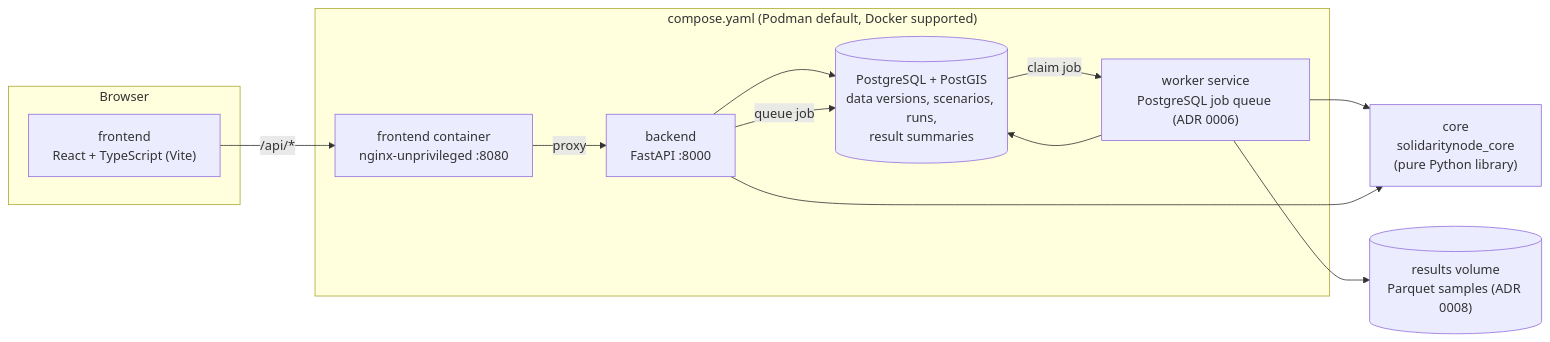
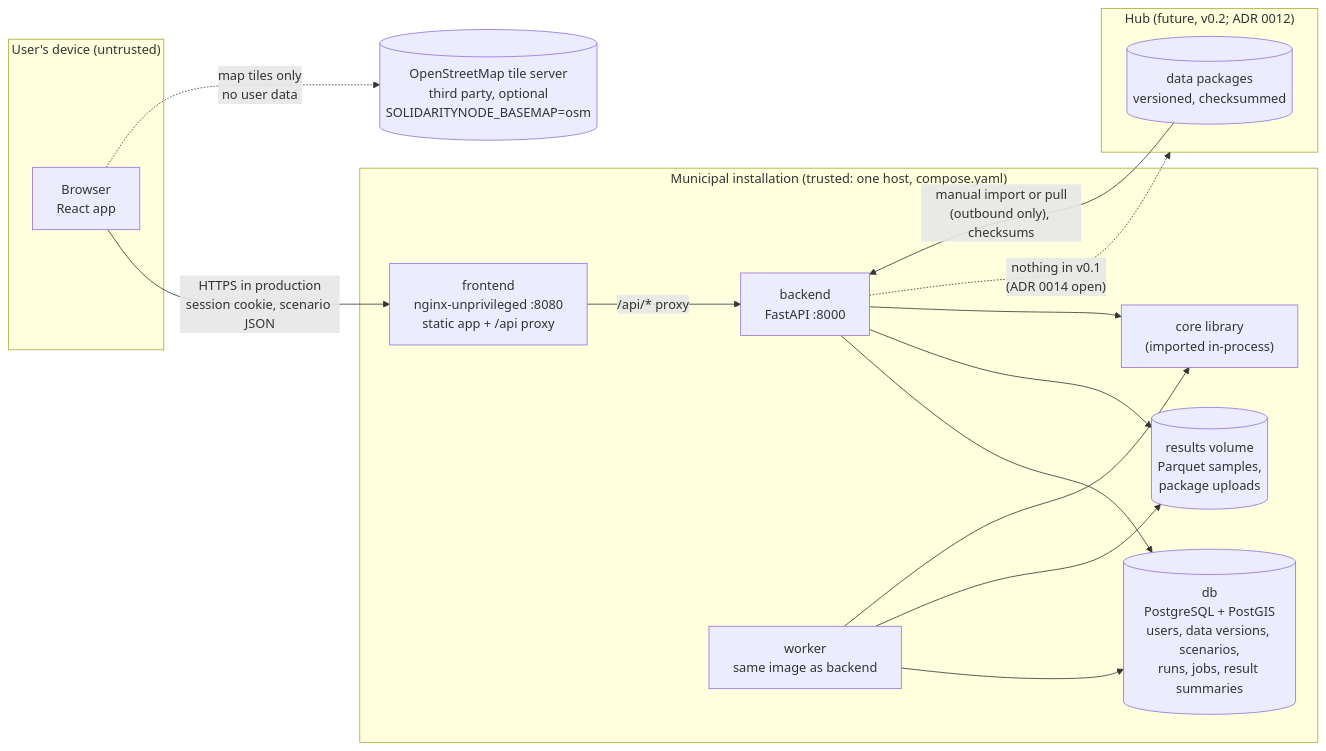
One commit to SolidarityNode/snode changed the first of 5 diagrams in docs/architecture.md. Above: the diagram before and after it, drawn with Mermaid. The commit also changed other lines of this file and 21 other files, not shown here.

First line of the commit message:
docs: README landing page, user guide, architecture, roadmap, releasing, changelog 0.1.0

````diff
--- a/docs/architecture.md
+++ b/docs/architecture.md
@@ -7,23 +7,30 @@
 ```mermaid
 flowchart LR
-    subgraph Browser
-        FE["frontend<br/>React + TypeScript (Vite)"]
+    subgraph USER["User's device (untrusted)"]
+        BR["Browser<br/>React app"]
     end
-    subgraph Containers["compose.yaml (Podman default, Docker supported)"]
-        NGX["frontend container<br/>nginx-unprivileged :8080"]
+    OSM[("OpenStreetMap tile server<br/>third party, optional<br/>SOLIDARITYNODE_BASEMAP=osm")]
+    subgraph INST["Municipal installation (trusted: one host, compose.yaml)"]
+        FE["frontend<br/>nginx-unprivileged :8080<br/>static app + /api proxy"]
         BE["backend<br/>FastAPI :8000"]
-        JOBS["worker service<br/>PostgreSQL job queue (ADR 0006)"]
-        DB[("PostgreSQL + PostGIS<br/>data versions, scenarios, runs,<br/>result summaries")]
+        W["worker<br/>same image as backend"]
+        DB[("db<br/>PostgreSQL + PostGIS<br/>users, data versions, scenarios,<br/>runs, jobs, result summaries")]
+        RES[("results volume<br/>Parquet samples,<br/>package uploads")]
+        CORE["core library<br/>(imported in-process)"]
     end
-    FILES[("results volume<br/>Parquet samples (ADR 0008)")]
-    CORE["core<br/>solidaritynode_core<br/>(pure Python library)"]
+    subgraph HUB["Hub (future, v0.2; ADR 0012)"]
+        PKG[("data packages<br/>versioned, checksummed")]
+    end
 
-    FE -->|"/api/*"| NGX -->|proxy| BE
+    BR -->|"HTTPS in production<br/>session cookie, scenario JSON"| FE
+    FE -->|"/api/* proxy"| BE
+    BR -.->|"map tiles only<br/>no user data"| OSM
     BE --> DB
-    BE -->|"queue job"| DB
-    DB -->|"claim job"| JOBS
-    JOBS --> DB
-    JOBS --> CORE
+    W --> DB
+    BE --> RES
+    W --> RES
     BE --> CORE
-    JOBS --> FILES
+    W --> CORE
+    PKG -->|"manual import or pull<br/>(outbound only), checksums"| BE
+    BE -.->|"nothing in v0.1<br/>(ADR 0014 open)"| HUB
 ```
````
